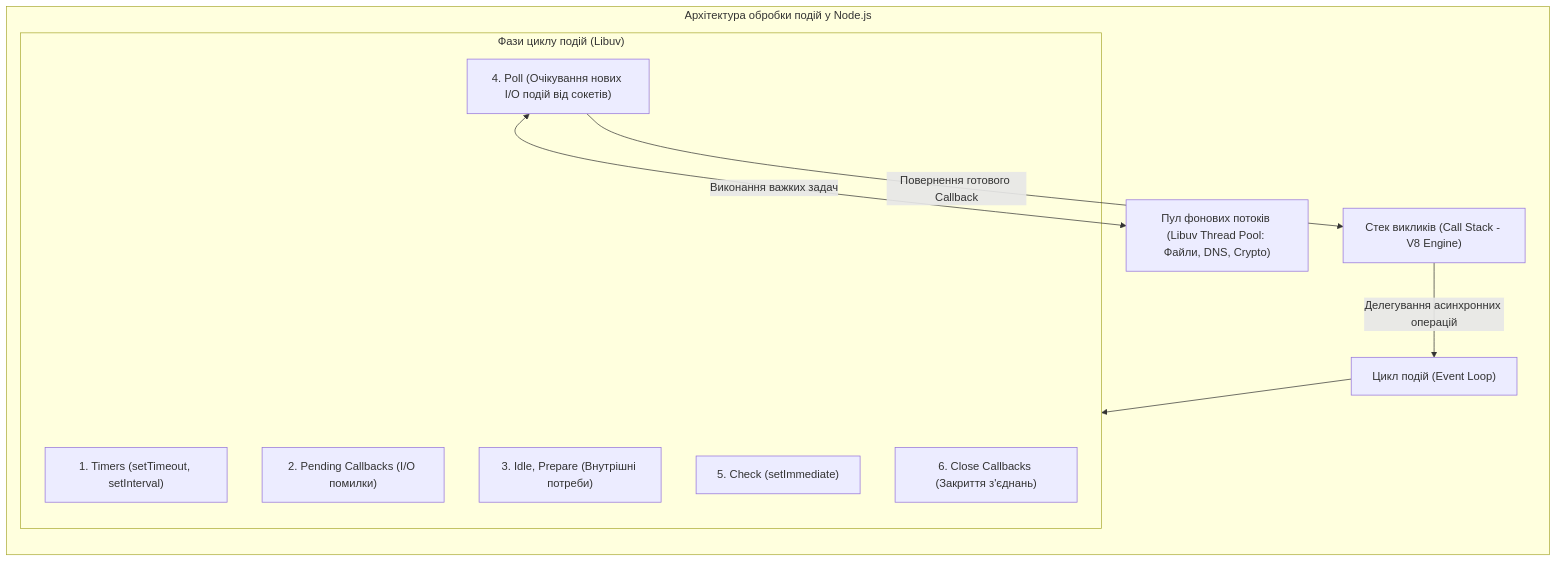
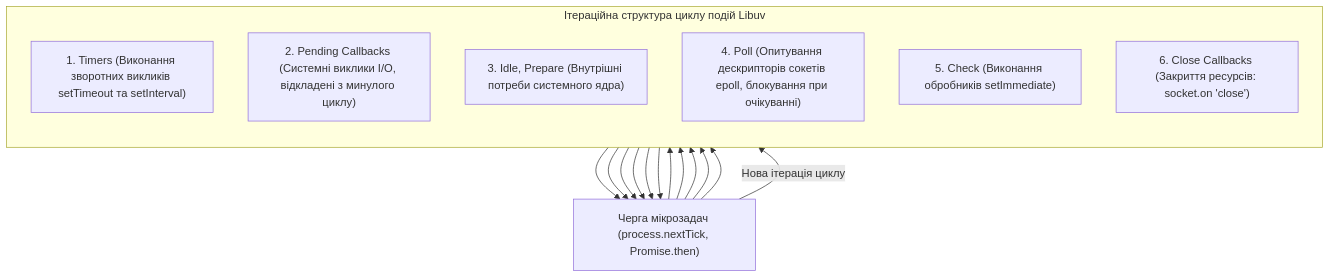
The fourth of 5 diagrams in docs/lk/lk10.md (KyryloVadurin/iot-technologies), drawn with Mermaid before and after one commit. The commit also changed other lines of this file, not shown here.

````diff
--- a/docs/lk/lk10.md
+++ b/docs/lk/lk10.md
@@ -187,24 +247,27 @@
 ```mermaid
 flowchart TD
-    subgraph NodeArchitecture["Архітектура обробки подій у Node.js"]
+    subgraph EventLoopFlow["Ітераційна структура циклу подій Libuv"]
         direction TB
-        CallStack["Стек викликів (Call Stack - V8 Engine)"]
-        EventLoop["Цикл подій (Event Loop)"]
-        
-        subgraph EventLoopPhases["Фази циклу подій (Libuv)"]
-            P1["1. Timers (setTimeout, setInterval)"]
-            P2["2. Pending Callbacks (I/O помилки)"]
-            P3["3. Idle, Prepare (Внутрішні потреби)"]
-            P4["4. Poll (Очікування нових I/O подій від сокетів)"]
-            P5["5. Check (setImmediate)"]
-            P6["6. Close Callbacks (Закриття з'єднань)"]
-        end
-        
-        ThreadPool["Пул фонових потоків (Libuv Thread Pool: Файли, DNS, Crypto)"]
+        Phase1["1. Timers (Виконання зворотних викликів setTimeout та setInterval)"]
+        Phase2["2. Pending Callbacks (Системні виклики I/O, відкладені з минулого циклу)"]
+        Phase3["3. Idle, Prepare (Внутрішні потреби системного ядра)"]
+        Phase4["4. Poll (Опитування дескрипторів сокетів epoll, блокування при очікуванні)"]
+        Phase5["5. Check (Виконання обробників setImmediate)"]
+        Phase6["6. Close Callbacks (Закриття ресурсів: socket.on 'close')"]
     end
 
-    CallStack -->|Делегування асинхронних операцій| EventLoop
-    EventLoop --> EventLoopPhases
-    P4 <-->|Виконання важких задач| ThreadPool
-    P4 -->|Повернення готового Callback| CallStack
+    Microtasks["Черга мікрозадач (process.nextTick, Promise.then)"]
+
+    Phase1 --> Microtasks
+    Microtasks --> Phase2
+    Phase2 --> Microtasks
+    Microtasks --> Phase3
+    Phase3 --> Microtasks
+    Microtasks --> Phase4
+    Phase4 --> Microtasks
+    Microtasks --> Phase5
+    Phase5 --> Microtasks
+    Microtasks --> Phase6
+    Phase6 --> Microtasks
+    Microtasks -->|Нова ітерація циклу| Phase1
 ```
````
